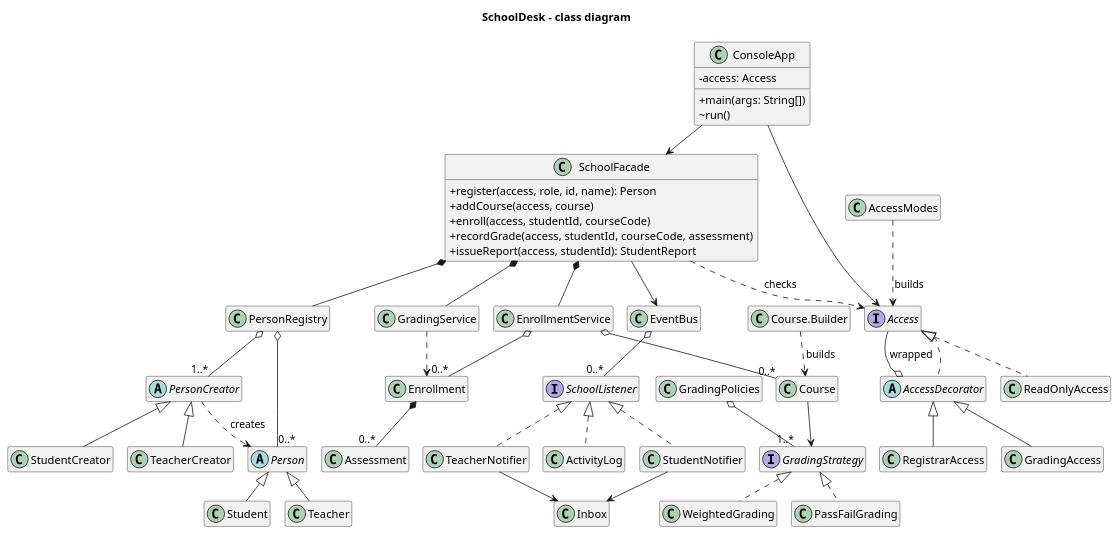
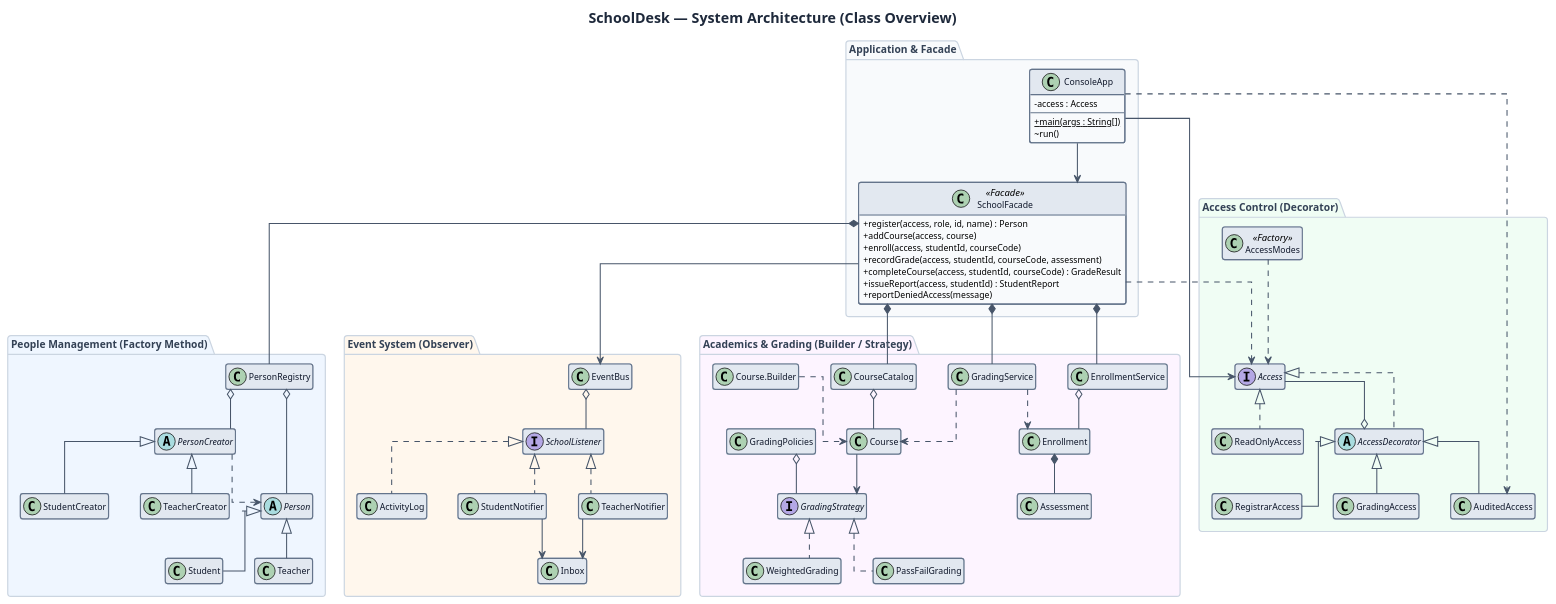
Before and after one commit to Asylstyle/school-management-system: the diagram in docs/uml/class-overview.puml, drawn with PlantUML. The commit also changed 5 other files, not shown here.

First line of the commit message:
Update class overview and decorator diagrams and the report

```diff
--- a/docs/uml/class-overview.puml
+++ b/docs/uml/class-overview.puml
@@ -1,85 +1,175 @@
-@startuml class-overview
-!pragma layout smetana
-title SchoolDesk - class diagram
-skinparam classAttributeIconSize 0
+@startuml SchoolDeskOverview
+
+' === Graphviz Engine + Orthogonal Straight Lines ===
+skinparam linetype ortho
+skinparam backgroundColor #FFFFFF
 skinparam shadowing false
+skinparam roundcorner 6
+skinparam nodesep 40
+skinparam ranksep 50
 hide empty members
 
-class ConsoleApp {
-  -access: Access
-  +main(args: String[])
-  ~run()
+skinparam title {
+  FontSize 18
+  FontStyle bold
+  FontColor #1E293B
+  Padding 15
 }
-class SchoolFacade {
-  +register(access, role, id, name): Person
-  +addCourse(access, course)
-  +enroll(access, studentId, courseCode)
-  +recordGrade(access, studentId, courseCode, assessment)
-  +issueReport(access, studentId): StudentReport
+
+skinparam class {
+  BackgroundColor #F8FAFC
+  BorderColor #64748B
+  BorderThickness 1.4
+  HeaderBackgroundColor #E2E8F0
+  FontColor #0F172A
+  FontName "Segoe UI", Arial, sans-serif
+  FontSize 12
+  AttributeFontSize 11
+  AttributeIconSize 0
 }
-class PersonRegistry
-class EnrollmentService
-class GradingService
-class EventBus
-interface SchoolListener
-class ActivityLog
-class StudentNotifier
-class TeacherNotifier
-class Inbox
-abstract class PersonCreator
-class StudentCreator
-class TeacherCreator
-abstract class Person
-class Student
-class Teacher
-interface Access
-class ReadOnlyAccess
-abstract class AccessDecorator
-class RegistrarAccess
-class GradingAccess
-class AccessModes
-class Course
-class "Course.Builder" as CourseBuilder
-interface GradingStrategy
-class WeightedGrading
-class PassFailGrading
-class GradingPolicies
-class Enrollment
-class Assessment
 
+skinparam interface {
+  BackgroundColor #FEF3C7
+  BorderColor #D97706
+  HeaderBackgroundColor #FDE68A
+}
+
+skinparam abstract {
+  BackgroundColor #F3E8FF
+  BorderColor #7E22CE
+  HeaderBackgroundColor #E9D5FF
+}
+
+skinparam package {
+  BorderColor #CBD5E1
+  FontColor #334155
+  FontStyle bold
+  FontSize 13
+  RoundCorner 8
+}
+
+skinparam arrow {
+  Color #475569
+  FontColor #475569
+  FontSize 10
+  Thickness 1.3
+}
+
+title SchoolDesk — System Architecture (Class Overview)
+
+' === 1. Entry Point & Facade ===
+package "Application & Facade" #F8FAFC {
+  class ConsoleApp {
+    - access : Access
+    + {static} main(args : String[])
+    ~ run()
+  }
+
+  class SchoolFacade <<Facade>> {
+    + register(access, role, id, name) : Person
+    + addCourse(access, course)
+    + enroll(access, studentId, courseCode)
+    + recordGrade(access, studentId, courseCode, assessment)
+    + completeCourse(access, studentId, courseCode) : GradeResult
+    + issueReport(access, studentId) : StudentReport
+    + reportDeniedAccess(message)
+  }
+}
+
+' === 2. Access Control (Decorator) ===
+package "Access Control (Decorator)" #F0FDF4 {
+  interface Access
+  class ReadOnlyAccess
+  abstract class AccessDecorator
+  class RegistrarAccess
+  class GradingAccess
+  class AuditedAccess
+  class AccessModes <<Factory>>
+}
+
+' === 3. People Management (Factory Method) ===
+package "People Management (Factory Method)" #EFF6FF {
+  class PersonRegistry
+  abstract class PersonCreator
+  class StudentCreator
+  class TeacherCreator
+  abstract class Person
+  class Student
+  class Teacher
+}
+
+' === 4. Event System (Observer) ===
+package "Event System (Observer)" #FFF7ED {
+  class EventBus
+  interface SchoolListener
+  class ActivityLog
+  class StudentNotifier
+  class TeacherNotifier
+  class Inbox
+}
+
+' === 5. Academics & Grading (Builder & Strategy) ===
+package "Academics & Grading (Builder / Strategy)" #FDF4FF {
+  class CourseCatalog
+  class EnrollmentService
+  class GradingService
+  class Course
+  class "Course.Builder" as CourseBuilder
+  class Enrollment
+  class Assessment
+  interface GradingStrategy
+  class WeightedGrading
+  class PassFailGrading
+  class GradingPolicies
+}
+
+' === Relationships: App & Facade ===
 ConsoleApp --> SchoolFacade
 ConsoleApp --> Access
+ConsoleApp ..> AuditedAccess
+SchoolFacade ..> Access
 SchoolFacade *-- PersonRegistry
+SchoolFacade *-- CourseCatalog
 SchoolFacade *-- EnrollmentService
 SchoolFacade *-- GradingService
 SchoolFacade --> EventBus
-SchoolFacade ..> Access : checks
-PersonRegistry o-- "1..*" PersonCreator
-PersonRegistry o-- "0..*" Person
-EventBus o-- "0..*" SchoolListener
+
+' === Relationships: Access Control ===
+Access <|.. ReadOnlyAccess
+Access <|.. AccessDecorator
+AccessDecorator o-- Access
+AccessDecorator <|-- RegistrarAccess
+AccessDecorator <|-- GradingAccess
+AccessDecorator <|-- AuditedAccess
+AccessModes ..> Access
+
+' === Relationships: People ===
+PersonRegistry o-- PersonCreator
+PersonRegistry o-- Person
+PersonCreator <|-- StudentCreator
+PersonCreator <|-- TeacherCreator
+Person <|-- Student
+Person <|-- Teacher
+PersonCreator ..> Person
+
+' === Relationships: Events ===
+EventBus o-- SchoolListener
 SchoolListener <|.. ActivityLog
 SchoolListener <|.. StudentNotifier
 SchoolListener <|.. TeacherNotifier
 StudentNotifier --> Inbox
 TeacherNotifier --> Inbox
-PersonCreator <|-- StudentCreator
-PersonCreator <|-- TeacherCreator
-Person <|-- Student
-Person <|-- Teacher
-PersonCreator ..> Person : creates
-Access <|.. ReadOnlyAccess
-Access <|.. AccessDecorator
-AccessDecorator o-- Access : wrapped
-AccessDecorator <|-- RegistrarAccess
-AccessDecorator <|-- GradingAccess
-AccessModes ..> Access : builds
-CourseBuilder ..> Course : builds
+
+' === Relationships: Academics & Grading ===
+CourseCatalog o-- Course
+EnrollmentService o-- Enrollment
+Enrollment *-- Assessment
+GradingService ..> Enrollment
+GradingService ..> Course
+CourseBuilder ..> Course
 Course --> GradingStrategy
 GradingStrategy <|.. WeightedGrading
 GradingStrategy <|.. PassFailGrading
-GradingPolicies o-- "1..*" GradingStrategy
-EnrollmentService o-- "0..*" Course
-EnrollmentService o-- "0..*" Enrollment
-Enrollment *-- "0..*" Assessment
-GradingService ..> Enrollment
+GradingPolicies o-- GradingStrategy
+
 @enduml
```
